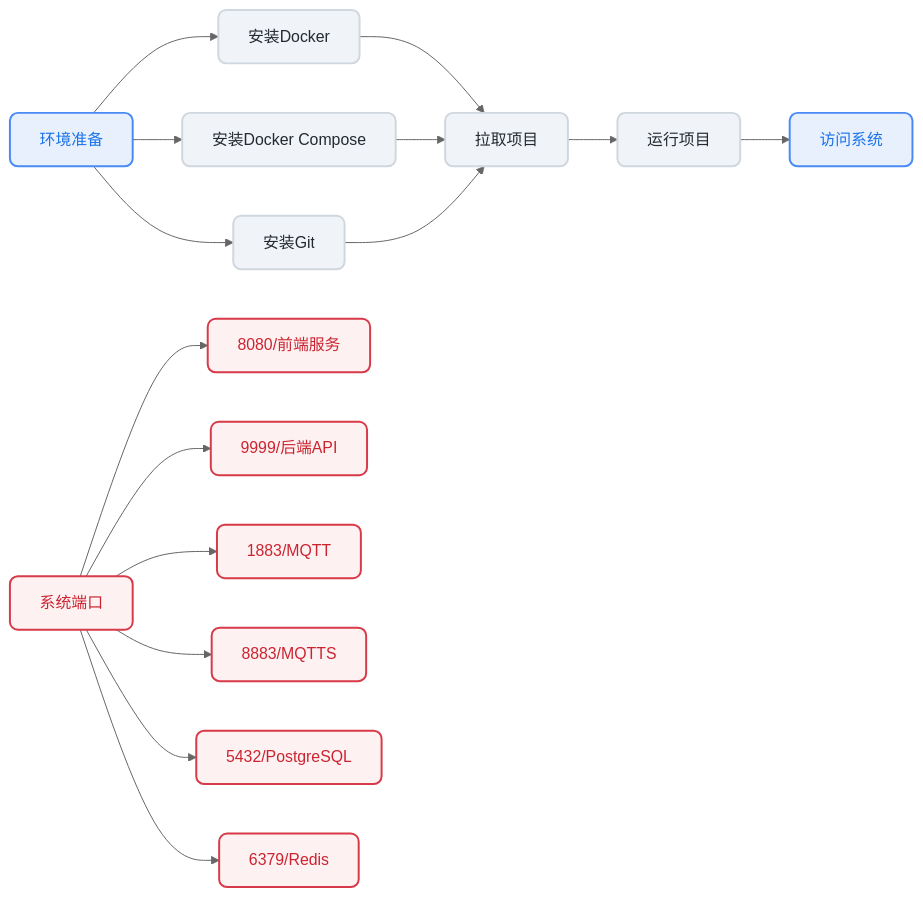
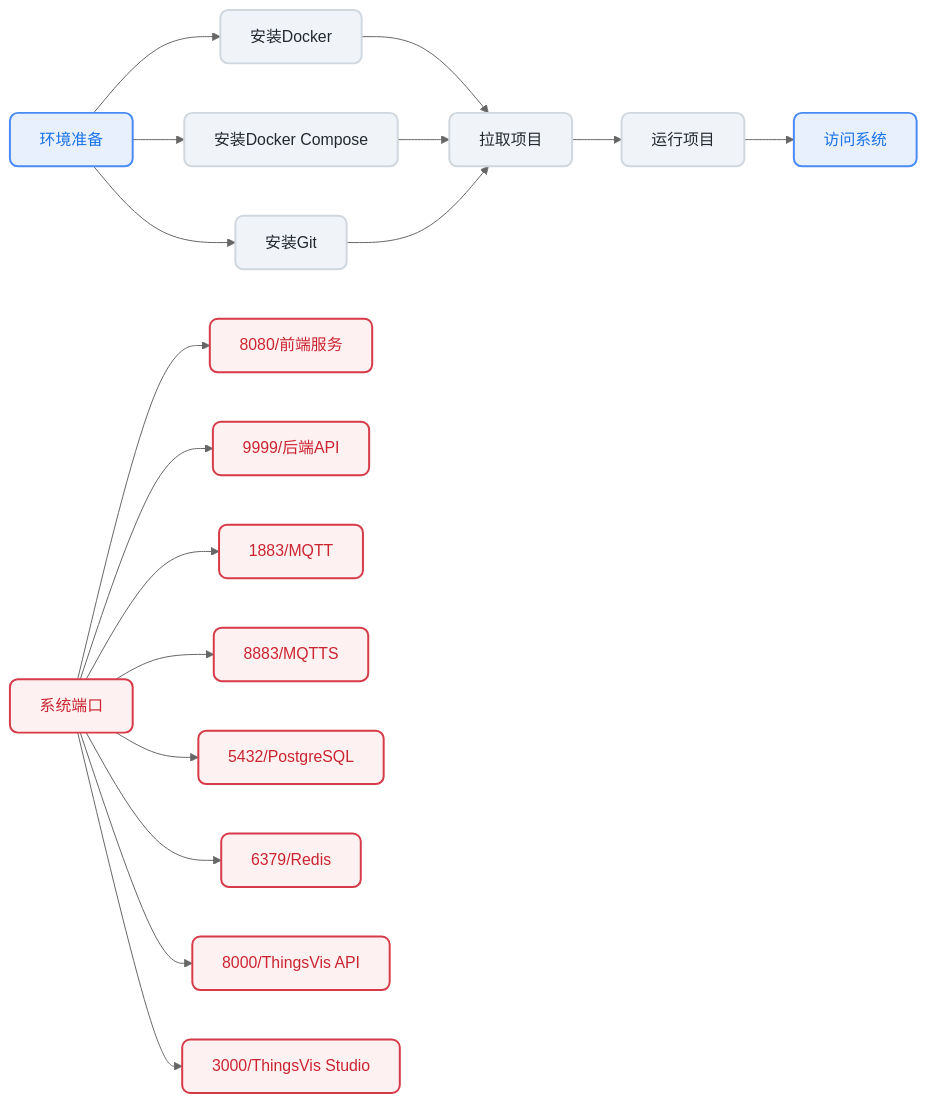
The diagram in i18n/zh-Hans/docusaurus-plugin-content-docs/current/installation/docker_installation.md (ThingsPanel/thingspanel.github.io), drawn with Mermaid (neutral theme) before and after one commit. The commit also changed other lines of this file and 3 other files, not shown here.

Commit message:
Update installation documentation for ThingsVis, adding details on Docker Compose and source installation options. Include port information for ThingsVis API and Studio, and clarify Nginx configuration for reverse proxy setup.

````diff
--- a/i18n/zh-Hans/docusaurus-plugin-content-docs/current/installation/docker_installation.md
+++ b/i18n/zh-Hans/docusaurus-plugin-content-docs/current/installation/docker_installation.md
@@ -8,33 +8,37 @@
 ```mermaid
 flowchart LR
     classDef default fill:#f0f4f8,stroke:#d0d7de,stroke-width:2px,color:#24292f,rx:8,ry:8
     classDef primary fill:#e8f0fe,stroke:#4a8af4,stroke-width:2px,color:#1a73e8,rx:8,ry:8
     classDef optional fill:#fef1f1,stroke:#d73a49,stroke-width:2px,color:#cb2431,rx:8,ry:8
 
     A[环境准备] --> B[安装Docker]
     A --> C[安装Docker Compose]
     A --> D[安装Git]
     
     B & C & D --> E[拉取项目]
     E --> F[运行项目]
     F --> G[访问系统]
     
     H[系统端口]
     H --> I[8080/前端服务]
     H --> J[9999/后端API]
     H --> K[1883/MQTT]
     H --> L[8883/MQTTS]
     H --> M[5432/PostgreSQL]
     H --> N[6379/Redis]
+    H --> O[8000/ThingsVis API]
+    H --> P[3000/ThingsVis Studio]
     
     style A fill:#e8f0fe,stroke:#4a8af4,color:#1a73e8
     style G fill:#e8f0fe,stroke:#4a8af4,color:#1a73e8
     style H fill:#fef1f1,stroke:#d73a49,color:#cb2431
     style I fill:#fef1f1,stroke:#d73a49,color:#cb2431
     style J fill:#fef1f1,stroke:#d73a49,color:#cb2431
     style K fill:#fef1f1,stroke:#d73a49,color:#cb2431
     style L fill:#fef1f1,stroke:#d73a49,color:#cb2431
     style M fill:#fef1f1,stroke:#d73a49,color:#cb2431
     style N fill:#fef1f1,stroke:#d73a49,color:#cb2431
+    style O fill:#fef1f1,stroke:#d73a49,color:#cb2431
+    style P fill:#fef1f1,stroke:#d73a49,color:#cb2431
 
 ```
````
